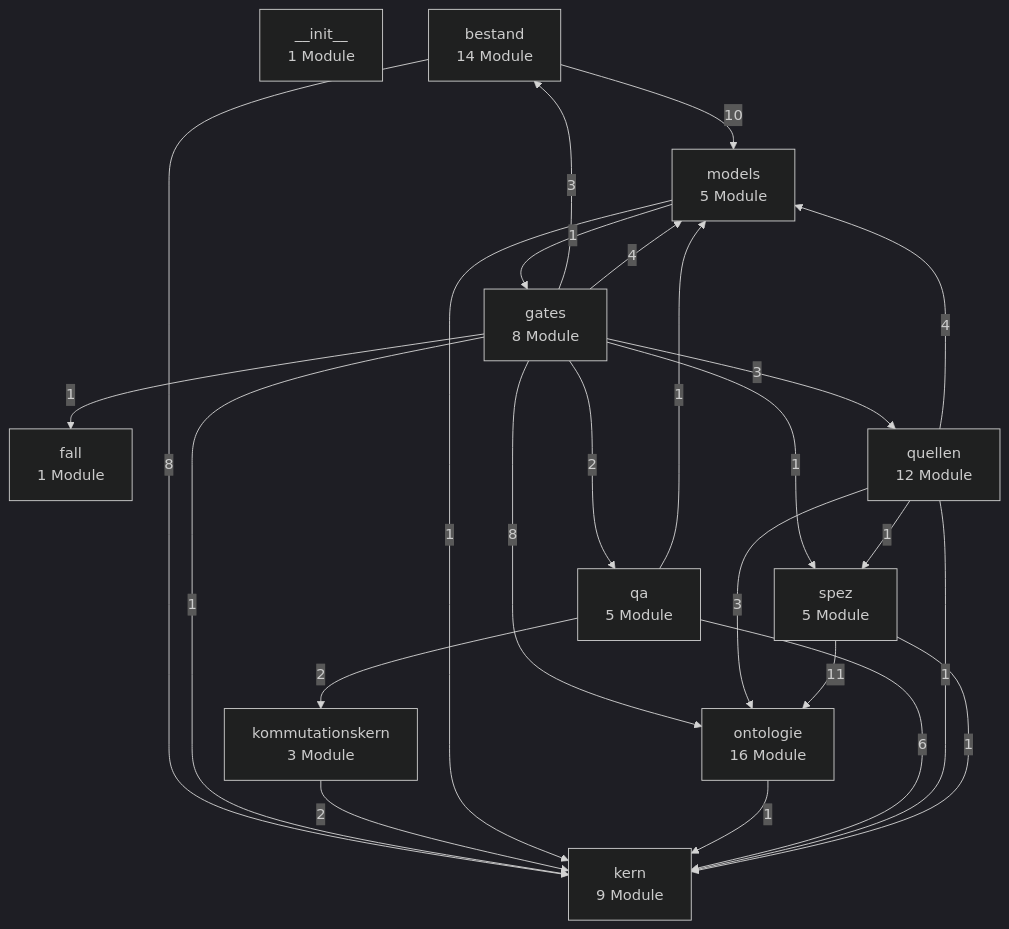
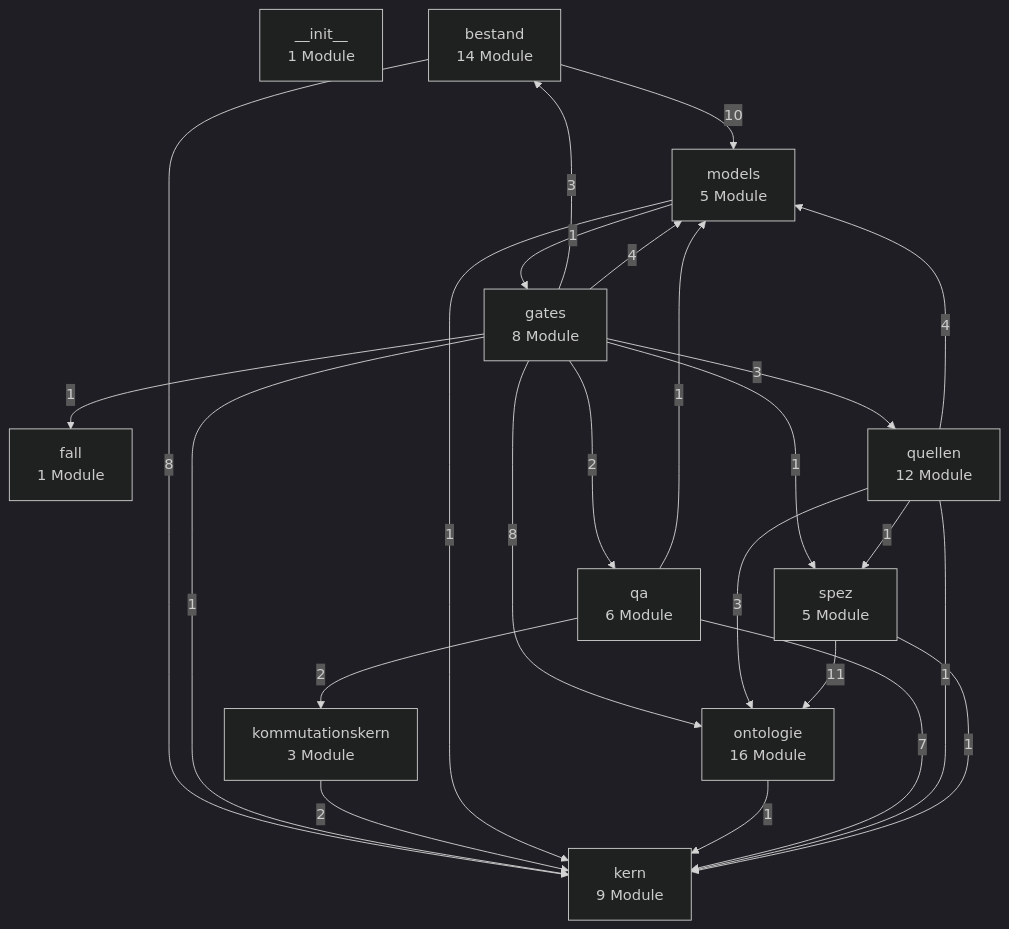
The first of 3 diagrams in docs/architektur/landkarte.md (bartlmac/rechner-pipeline), drawn with Mermaid (dark theme) before and after one commit. The commit also changed other lines of this file and 2 other files, not shown here.

Commit message:
feat(qa): Migrations-Testsuite — Zwei-Stichtags-Pruefung mit GeVo-Tracks
Beschluss Bartek 2026-08-18: der Beweis einer Bestandsmigration endet
nicht beim Stichtags-Foto. qa/migrationssuite prueft je Vertrag das
Deckungskapital am Migrations- und am Folgestichtag (Bilanzgroesse =
Monatsreserve, unterjaehrig interpoliert) plus die GeVo-Betraege
dazwischen (STO -> RKW am Ereignismonat, TOD -> VS, PEX ->
beitragsfreie Summe + beitragsfreier Track am Folgestichtag), gegen
gelieferte Erwartungswerte (zweiter Abzug + GeVo-Protokoll).

Systemgrenze ehrlich ausgewiesen statt still geloest: Vertraege mit
dynamischen Erhoehungen (ERH) sind 'nicht_pruefbar', solange die
Stichtagsbewertung keine Erhoehungsscheiben aggregiert — die dafuer
noetige Kern-Erweiterung ist bewusst NICHT enthalten (sie ist die von
der Migration erzwungene Code-Aenderung). Lieferungs-Inkonsistenzen
(GeVo ausserhalb der Stichtage, Wert trotz Abgang, Abgang ohne GeVo,
Storno nach Beitragsfreistellung) sind Befunde je Vertrag.

Landkarte regeneriert (neues qa-Modul). Suite vor Commit: 553 passed,
4 skipped.

Generated with Claude Code

````diff
--- a/docs/architektur/landkarte.md
+++ b/docs/architektur/landkarte.md
@@ -27,38 +27,38 @@
 ```mermaid
 %% Schichten — erzeugt von ontologie.landkarte
 flowchart TD
     n__init__["__init__<br/>1 Module"]
     bestand["bestand<br/>14 Module"]
     fall["fall<br/>1 Module"]
     gates["gates<br/>8 Module"]
     kern["kern<br/>9 Module"]
     kommutationskern["kommutationskern<br/>3 Module"]
     models["models<br/>5 Module"]
     ontologie["ontologie<br/>16 Module"]
-    qa["qa<br/>5 Module"]
+    qa["qa<br/>6 Module"]
     quellen["quellen<br/>12 Module"]
     spez["spez<br/>5 Module"]
     bestand -- 8 --> kern
     bestand -- 10 --> models
     gates -- 3 --> bestand
     gates -- 1 --> fall
     gates -- 1 --> kern
     gates -- 4 --> models
     gates -- 8 --> ontologie
     gates -- 2 --> qa
     gates -- 3 --> quellen
     gates -- 1 --> spez
     kommutationskern -- 2 --> kern
     models -- 1 --> gates
     models -- 1 --> kern
     ontologie -- 1 --> kern
-    qa -- 6 --> kern
+    qa -- 7 --> kern
     qa -- 2 --> kommutationskern
     qa -- 1 --> models
     quellen -- 1 --> kern
     quellen -- 4 --> models
     quellen -- 3 --> ontologie
     quellen -- 1 --> spez
     spez -- 1 --> kern
     spez -- 11 --> ontologie
 ```
````
